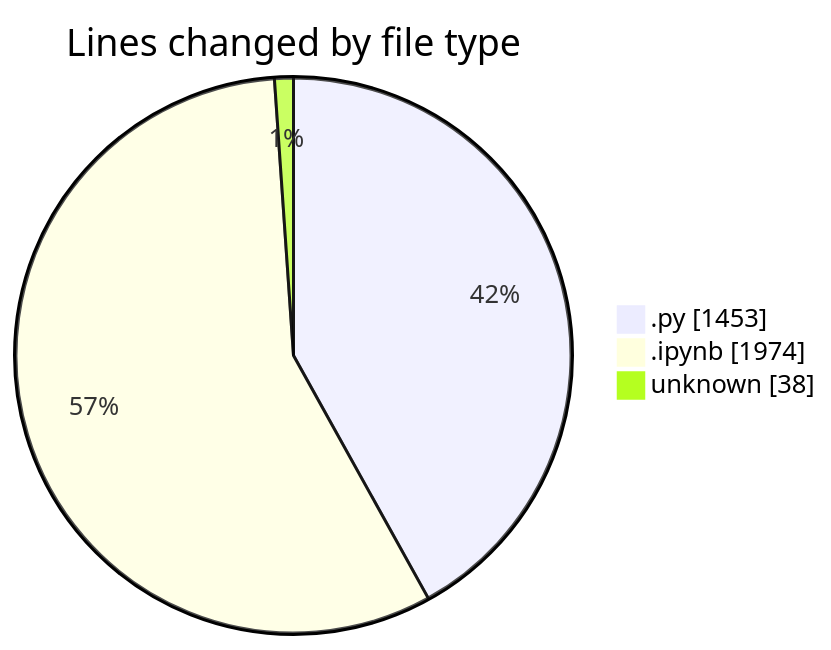
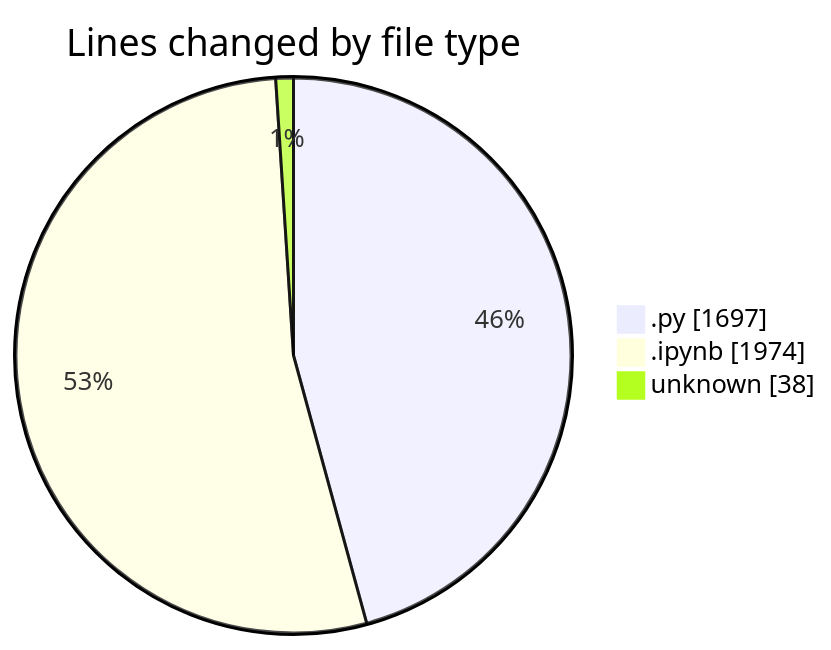
Before and after one commit to MatusMokan/code-tracking: the first of 2 diagrams in 2025-03-21/myws__workspace_/README.md, drawn with Mermaid. The commit also changed other lines of this file and 1 other file, not shown here.

````diff
--- a/2025-03-21/myws__workspace_/README.md
+++ b/2025-03-21/myws__workspace_/README.md
@@ -23,7 +24,7 @@
 ```mermaid
 pie showData
 title Lines changed by file type
-".py" : 1453
+".py" : 1697
 ".ipynb" : 1974
 "unknown" : 38
 ```
````
